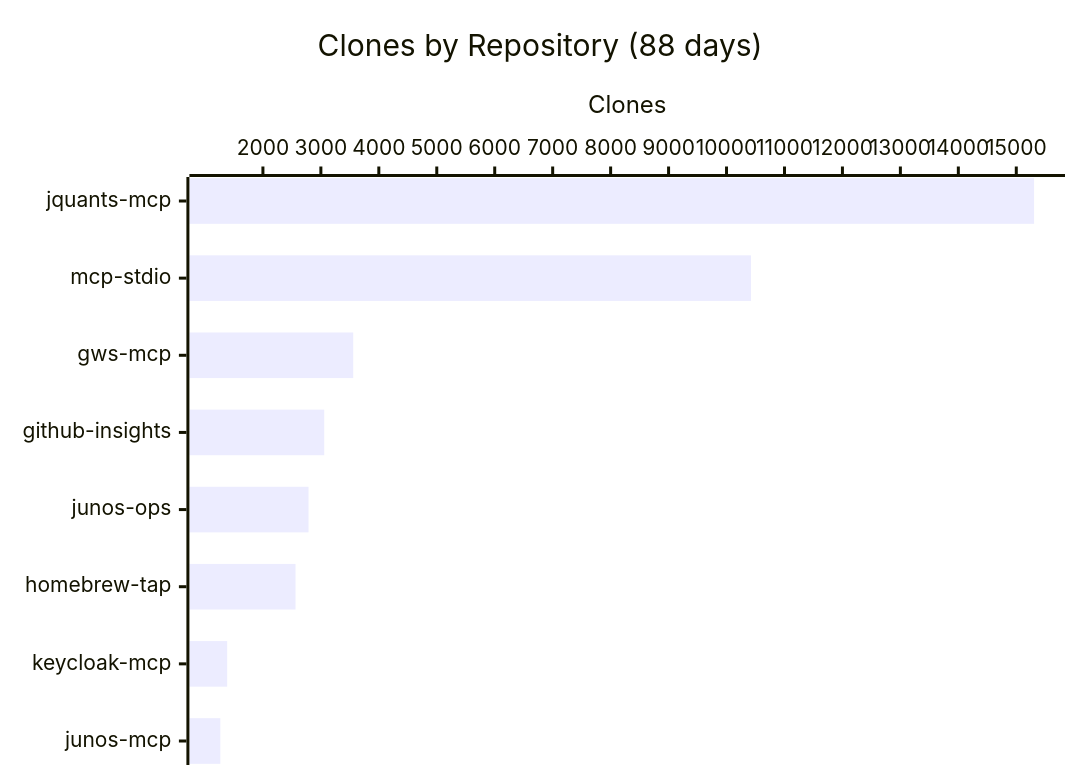
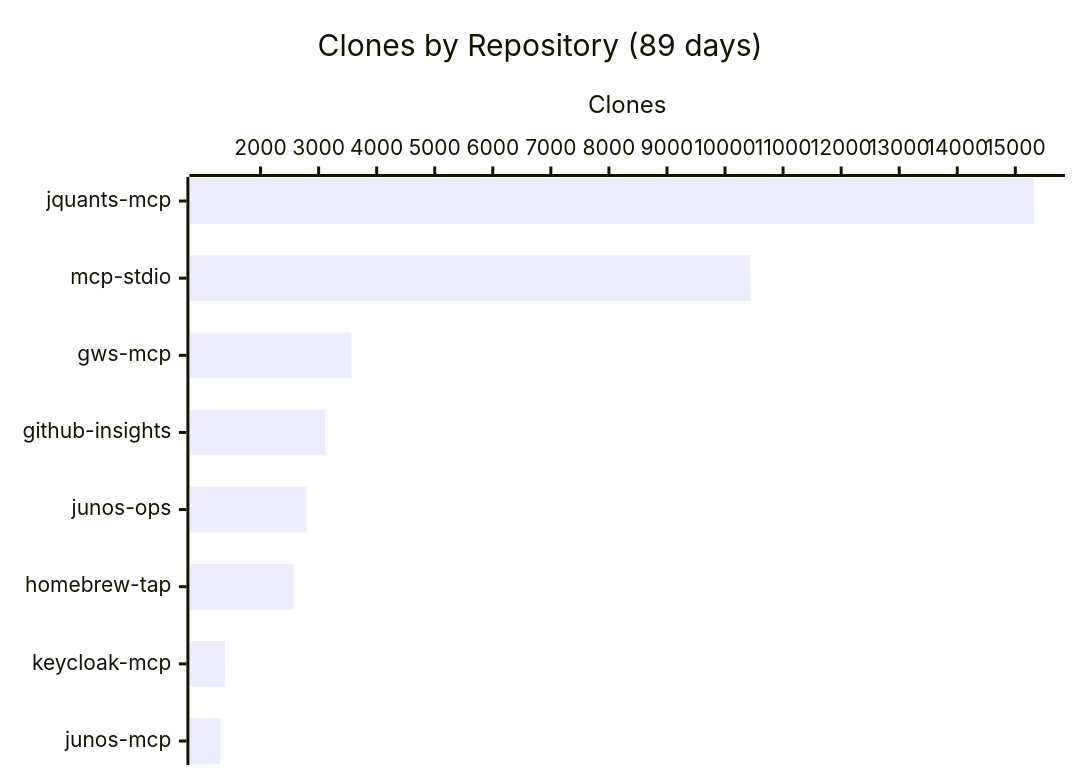
Before and after one commit to shigechika/github-insights: the third of 3 diagrams in README.md, drawn with Mermaid. The commit also changed other lines of this file and 2 other files, not shown here.

````diff
--- a/README.md
+++ b/README.md
@@ -43,7 +43,7 @@
 ```mermaid
 xychart-beta horizontal
-    title "Clones by Repository (88 days)"
+    title "Clones by Repository (89 days)"
     x-axis ["jquants-mcp", "mcp-stdio", "gws-mcp", "github-insights", "junos-ops", "homebrew-tap", "keycloak-mcp", "junos-mcp"]
     y-axis "Clones"
-    bar [15307, 10422, 3558, 3058, 2787, 2563, 1383, 1265]
+    bar [15323, 10435, 3566, 3114, 2792, 2565, 1390, 1307]
 ```
````
